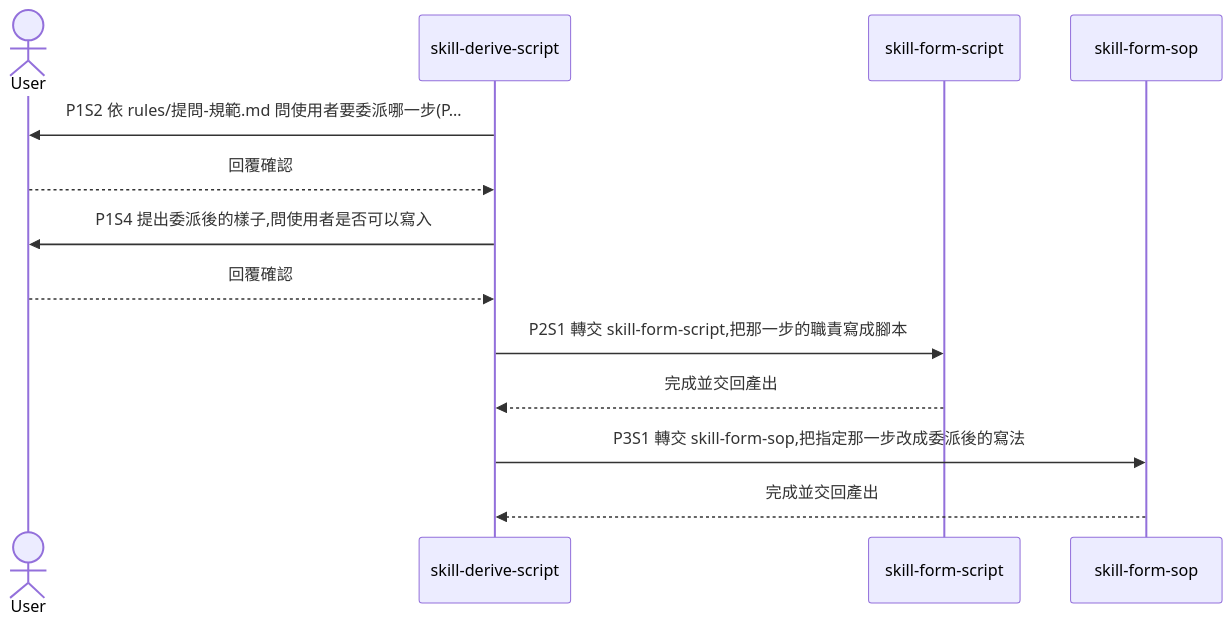
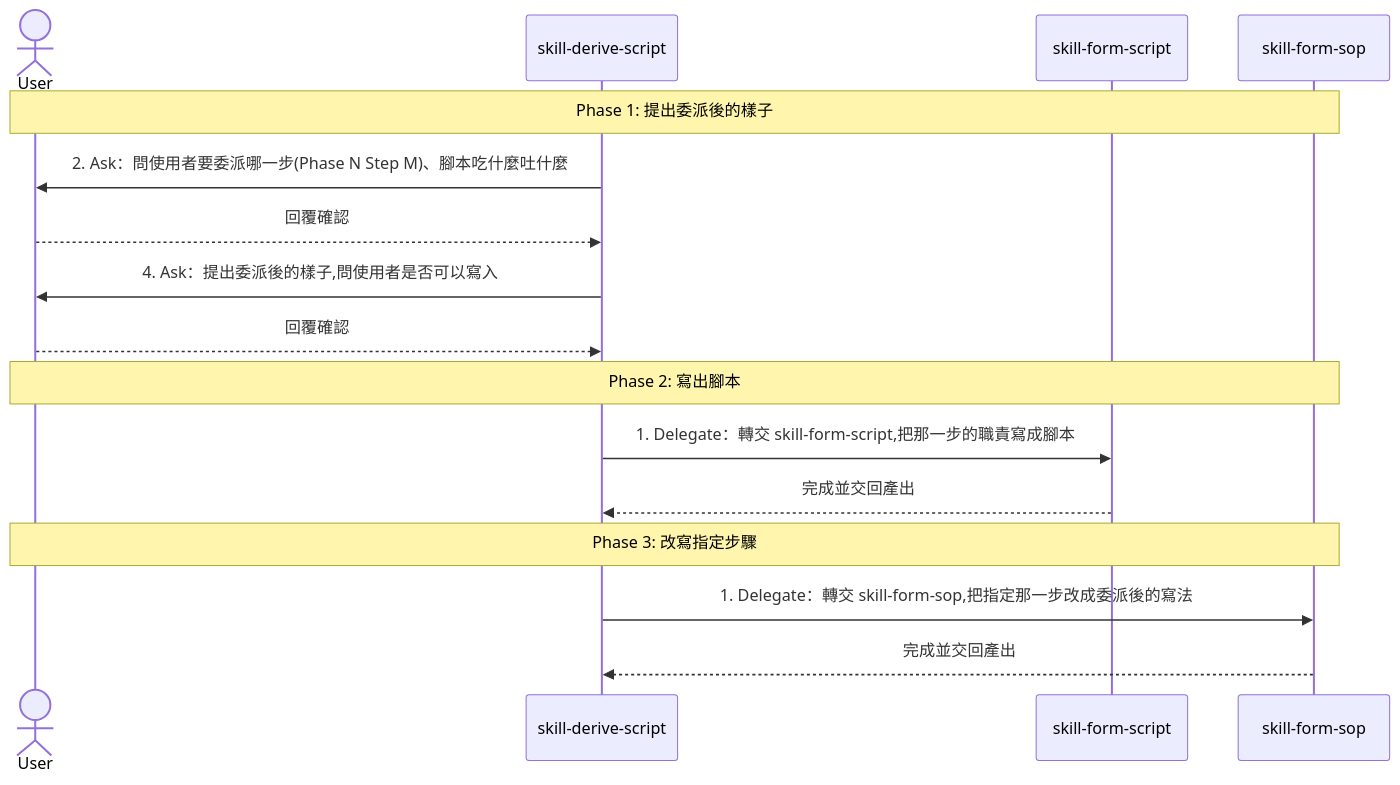
One commit to AI-x-BDD/BDGG-Dev-Skills changed the second of 2 diagrams in .agents/skills/skill-derive-script/SKILL.md. Above: the diagram before and after it, drawn with Mermaid. The commit also changed other lines of this file and 43 other files, not shown here.

First line of the commit message:
feat!: skill-form-sop 的流程視覺圖改放檔尾並以粗體標出的核心動作當標籤

````diff
--- a/.agents/skills/skill-derive-script/SKILL.md
+++ b/.agents/skills/skill-derive-script/SKILL.md
@@ -49,15 +61,18 @@
 ```mermaid
 sequenceDiagram
     actor User
     participant Main as skill-derive-script
     participant Sub_1 as skill-form-script
     participant Sub_2 as skill-form-sop
-    Main->>User: P1S2 依 rules/提問-規範.md 問使用者要委派哪一步(P…
+    Note over User,Sub_2: Phase 1: 提出委派後的樣子
+    Main->>User: 2. Ask：問使用者要委派哪一步(Phase N Step M)、腳本吃什麼吐什麼
     User-->>Main: 回覆確認
-    Main->>User: P1S4 提出委派後的樣子,問使用者是否可以寫入
+    Main->>User: 4. Ask：提出委派後的樣子,問使用者是否可以寫入
     User-->>Main: 回覆確認
-    Main->>Sub_1: P2S1 轉交 skill-form-script,把那一步的職責寫成腳本
+    Note over User,Sub_2: Phase 2: 寫出腳本
+    Main->>Sub_1: 1. Delegate：轉交 skill-form-script,把那一步的職責寫成腳本
     Sub_1-->>Main: 完成並交回產出
-    Main->>Sub_2: P3S1 轉交 skill-form-sop,把指定那一步改成委派後的寫法
+    Note over User,Sub_2: Phase 3: 改寫指定步驟
+    Main->>Sub_2: 1. Delegate：轉交 skill-form-sop,把指定那一步改成委派後的寫法
     Sub_2-->>Main: 完成並交回產出
 ```
````
